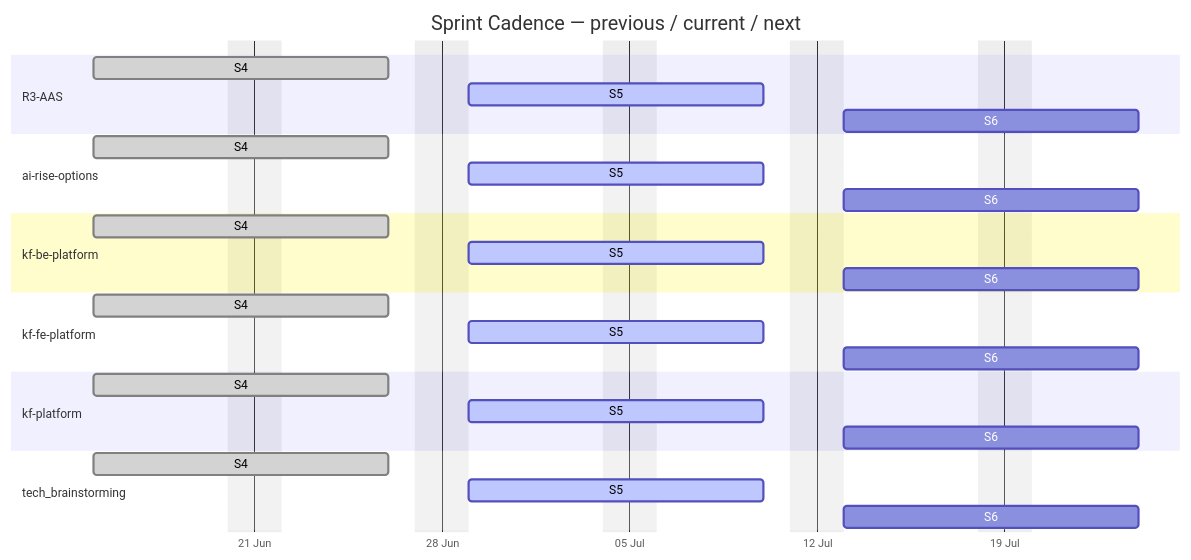
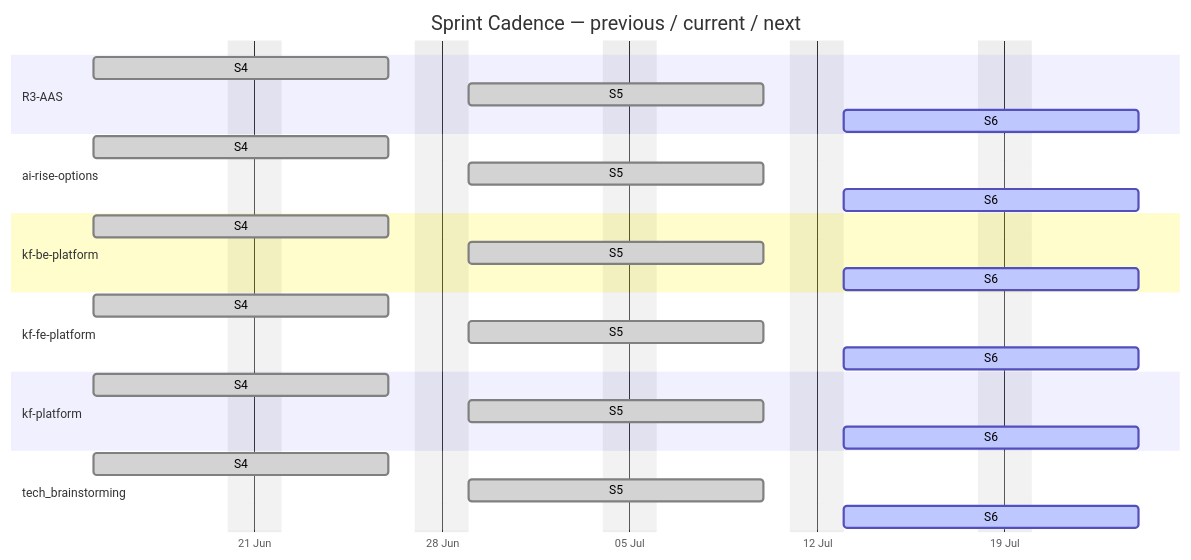
The first of 4 diagrams in docs/agile-sprints.md (Katty-Fashion/kf-cpto), drawn with Mermaid before and after one commit. The commit also changed other lines of this file and 14 other files, not shown here.

````diff
--- a/docs/agile-sprints.md
+++ b/docs/agile-sprints.md
@@ -12,32 +12,32 @@
 ```mermaid
 gantt
     title Sprint Cadence — previous / current / next
     dateFormat YYYY-MM-DD
     axisFormat %d %b
     excludes weekends
 
     section R3-AAS
     S4 :done, 2026-06-15, 2026-06-26
-    S5 :active, 2026-06-29, 2026-07-10
-    S6 :2026-07-13, 2026-07-24
+    S5 :done, 2026-06-29, 2026-07-10
+    S6 :active, 2026-07-13, 2026-07-24
     section ai-rise-options
     S4 :done, 2026-06-15, 2026-06-26
-    S5 :active, 2026-06-29, 2026-07-10
-    S6 :2026-07-13, 2026-07-24
+    S5 :done, 2026-06-29, 2026-07-10
+    S6 :active, 2026-07-13, 2026-07-24
     section kf-be-platform
     S4 :done, 2026-06-15, 2026-06-26
-    S5 :active, 2026-06-29, 2026-07-10
-    S6 :2026-07-13, 2026-07-24
+    S5 :done, 2026-06-29, 2026-07-10
+    S6 :active, 2026-07-13, 2026-07-24
     section kf-fe-platform
     S4 :done, 2026-06-15, 2026-06-26
-    S5 :active, 2026-06-29, 2026-07-10
-    S6 :2026-07-13, 2026-07-24
+    S5 :done, 2026-06-29, 2026-07-10
+    S6 :active, 2026-07-13, 2026-07-24
     section kf-platform
     S4 :done, 2026-06-15, 2026-06-26
-    S5 :active, 2026-06-29, 2026-07-10
-    S6 :2026-07-13, 2026-07-24
+    S5 :done, 2026-06-29, 2026-07-10
+    S6 :active, 2026-07-13, 2026-07-24
     section tech_brainstorming
     S4 :done, 2026-06-15, 2026-06-26
-    S5 :active, 2026-06-29, 2026-07-10
-    S6 :2026-07-13, 2026-07-24
+    S5 :done, 2026-06-29, 2026-07-10
+    S6 :active, 2026-07-13, 2026-07-24
 ```
````
